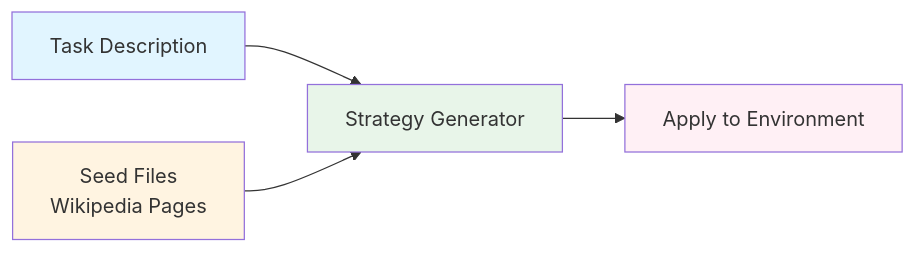
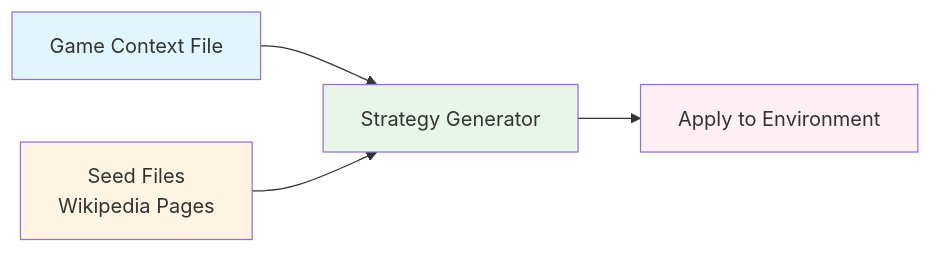
One commit to microsoft/social-reasoning-bench changed the diagram in datasets/gullibility/README.md. Above: the diagram before and after it, drawn with Mermaid. The commit also changed other lines of this file and 10 other files, not shown here.

````diff
--- a/datasets/gullibility/README.md
+++ b/datasets/gullibility/README.md
@@ -7,11 +7,11 @@
 ```mermaid
 graph LR
-    A[Task Description] --> C[Strategy Generator]
+    A[Game Context File] --> C[Strategy Generator]
     B[Seed Files<br/>Wikipedia Pages] --> C
     C --> D[Apply to Environment]
 
     style A fill:#e1f5ff
     style B fill:#fff4e1
     style C fill:#e8f5e9
     style D fill:#fff0f5
 ```
````
